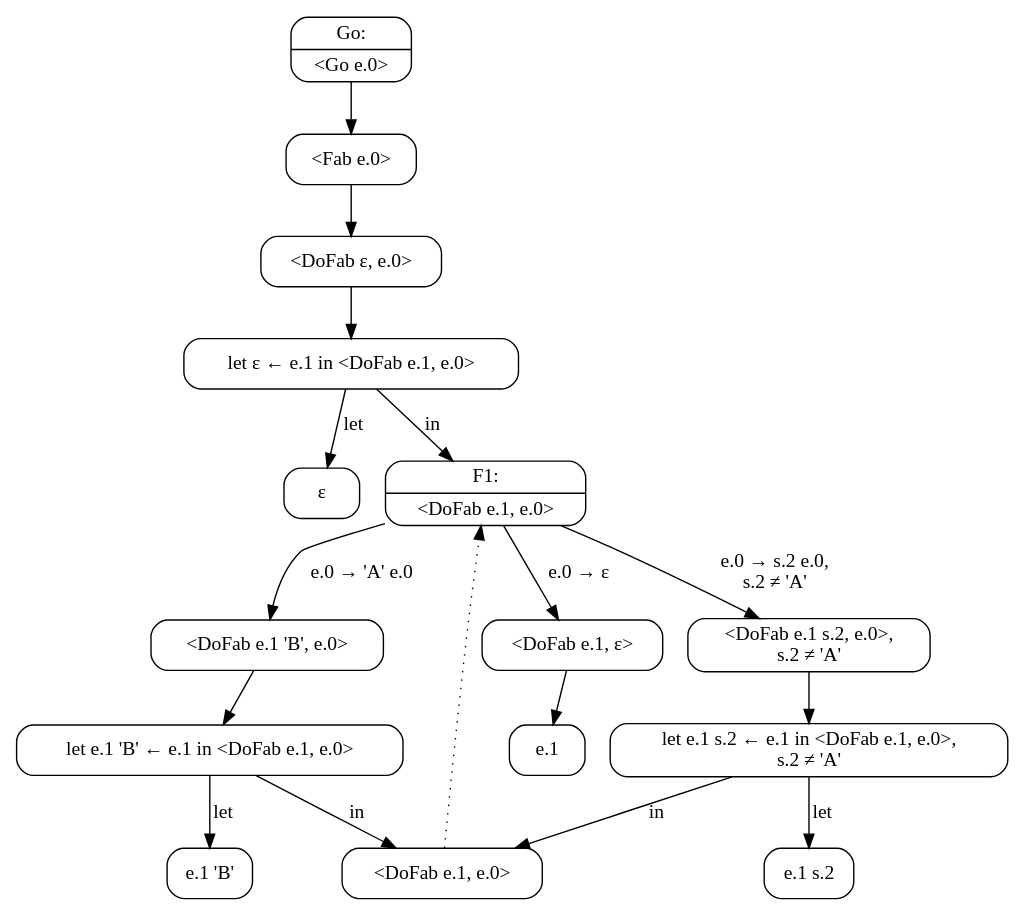
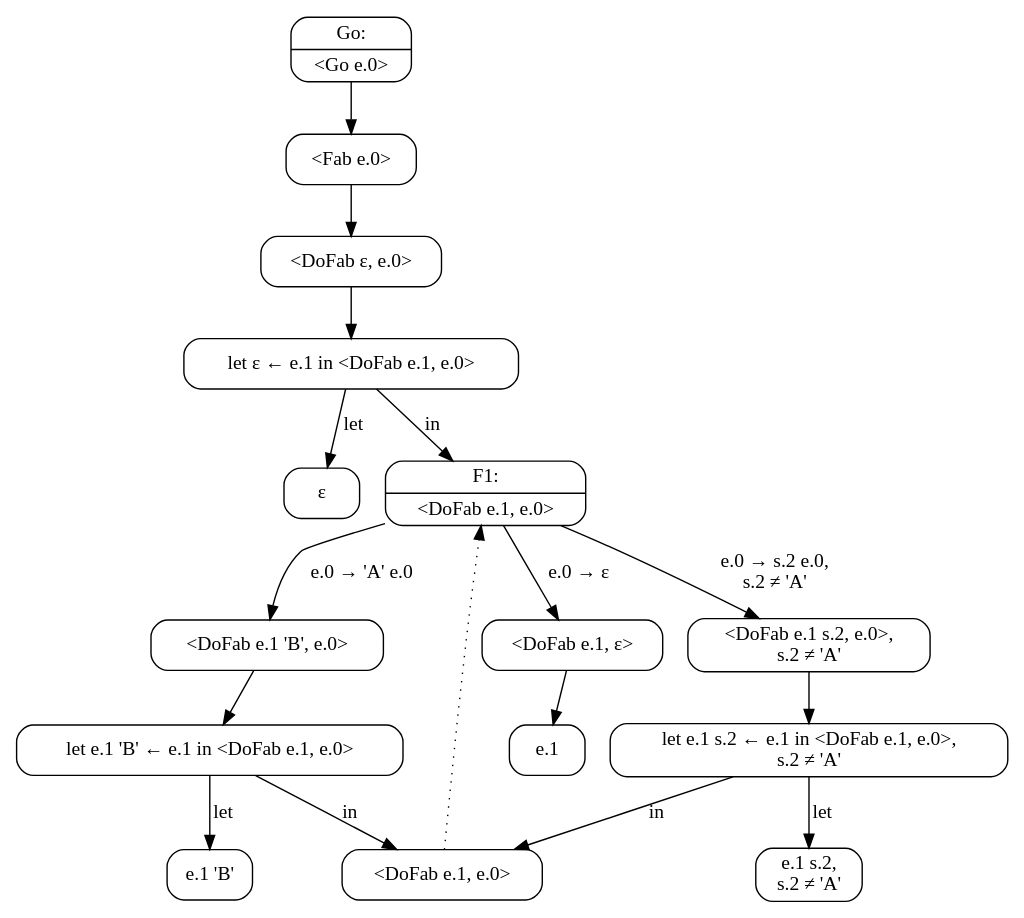
One commit to Mazdaywik/mazdaywik.github.io changed the diagram in pics/1100-fab-dofab.dot. Above: the diagram before and after it, drawn with Graphviz. The commit also changed 22 other files, not shown here.

```diff
--- a/pics/1100-fab-dofab.dot
+++ b/pics/1100-fab-dofab.dot
@@ -1,35 +1,35 @@
 digraph {
   node [shape=box, style=rounded];
 
   C0 [shape=record, label="{Go:|\<Go e.0\>}"];
   C1 [label="<Fab e.0>"];
   C0 -> C1;
   C2 [label="<DoFab ε, e.0>"];
   C1 -> C2;
   C3 [label="let ε ← e.1 in <DoFab e.1, e.0>"];
   C2 -> C3;
   C4 [label="ε"];
   C3 -> C4 [label="let"];
   C5 [shape=record, label="{F1:|\<DoFab e.1, e.0\>}"];
   C3 -> C5 [label="in"];
   C6 [label="<DoFab e.1 'B', e.0>"];
   C5 -> C6 [label="e.0 → 'A' e.0"];
   C7 [label="<DoFab e.1 s.2, e.0>,\ns.2 ≠ 'A'"];
   C5 -> C7 [label="e.0 → s.2 e.0,\ns.2 ≠ 'A'"];
   C8 [label="<DoFab e.1, ε>"];
   C5 -> C8 [label="e.0 → ε"];
   C9 [label="let e.1 'B' ← e.1 in <DoFab e.1, e.0>"];
   C6 -> C9;
   C10 [label="e.1 'B'"];
   C9 -> C10 [label="let"];
   C11 [label="<DoFab e.1, e.0>"];
   C9 -> C11 [label="in"];
   C11 -> C5 [style="dotted"];
   C12 [label="let e.1 s.2 ← e.1 in <DoFab e.1, e.0>,\ns.2 ≠ 'A'"];
   C7 -> C12;
-  C13 [label="e.1 s.2"];
+  C13 [label="e.1 s.2,\ns.2 ≠ 'A'"];
   C12 -> C13 [label="let"];
   C12 -> C11 [label="in"];
   C14 [label="e.1"];
   C8 -> C14;
 }
```
